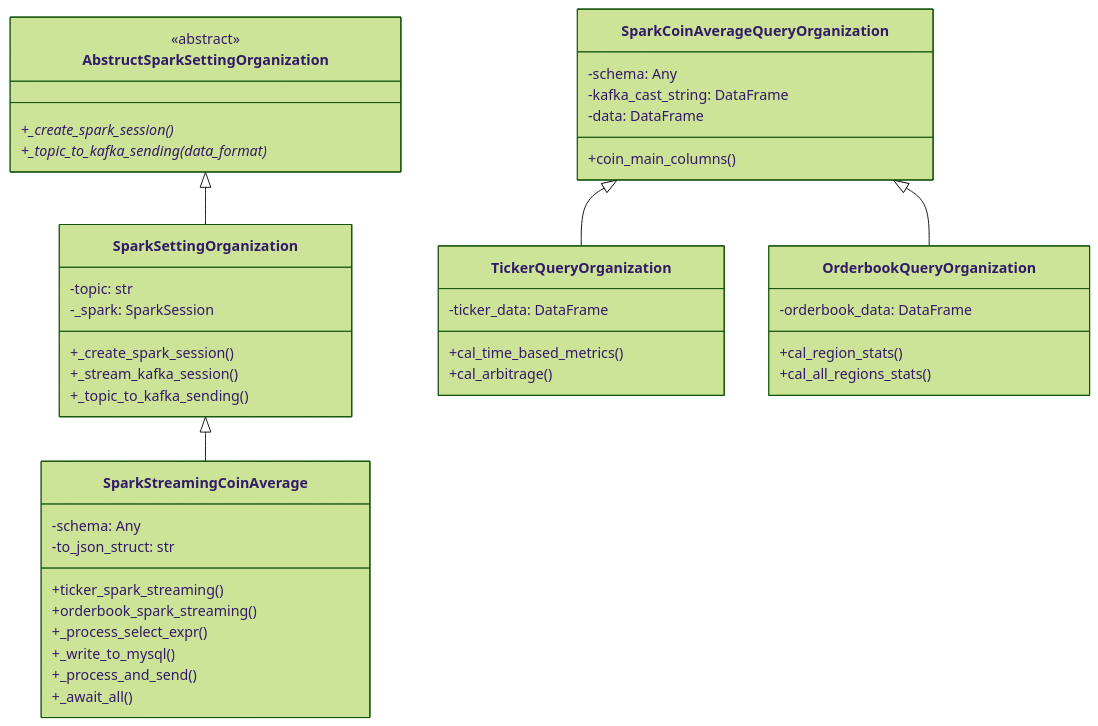
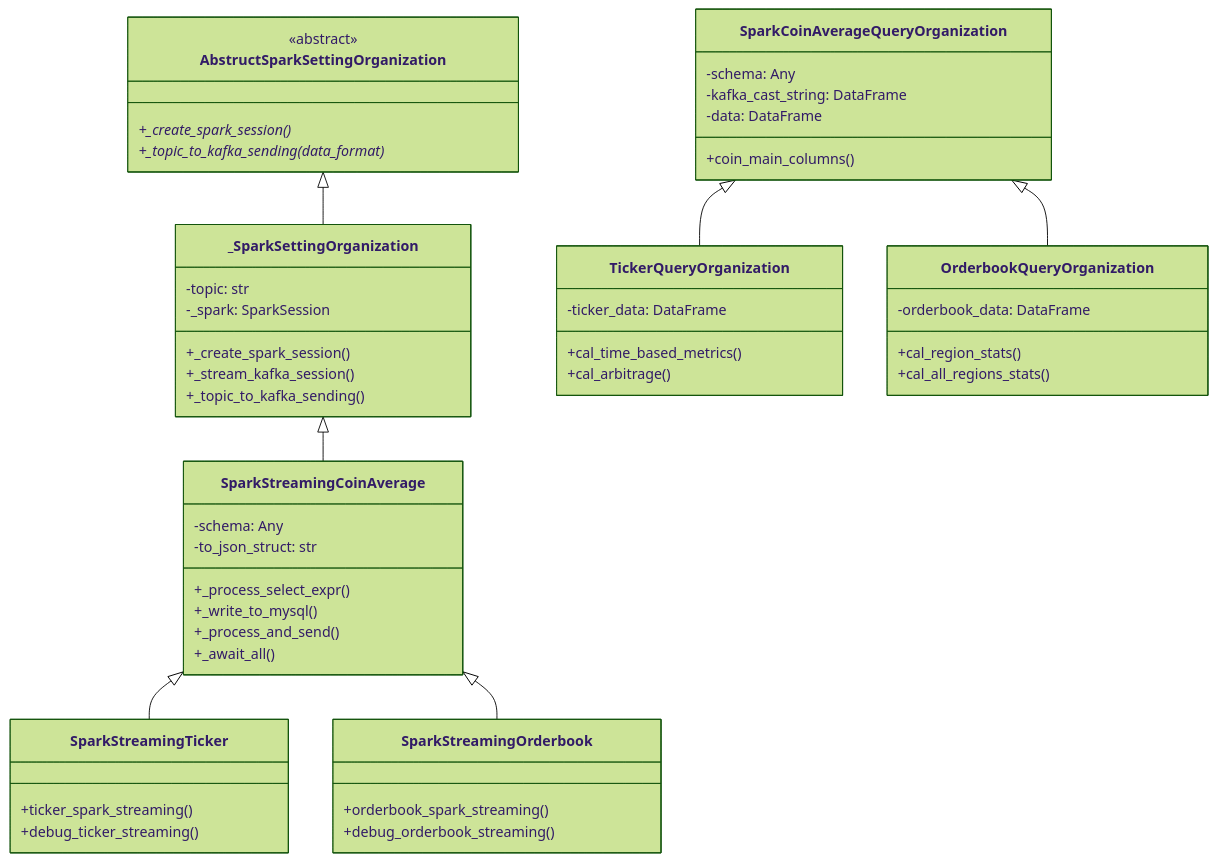
The diagram in README.md (MajorShareholderClub/CryptoStreamSpark), drawn with Mermaid (forest theme) before and after one commit. The commit also changed 1 other file, not shown here.

````diff
--- a/README.md
+++ b/README.md
@@ -12,51 +12,61 @@
 ```mermaid
 classDiagram
     class AbstructSparkSettingOrganization {
         <<abstract>>
         +_create_spark_session()*
         +_topic_to_kafka_sending(data_format)*
     }
 
-    class SparkSettingOrganization {
+    class _SparkSettingOrganization {
         -topic: str
         -_spark: SparkSession
         +_create_spark_session()
         +_stream_kafka_session()
         +_topic_to_kafka_sending()
     }
 
     class SparkStreamingCoinAverage {
         -schema: Any
         -to_json_struct: str
-        +ticker_spark_streaming()
-        +orderbook_spark_streaming()
         +_process_select_expr()
         +_write_to_mysql()
         +_process_and_send()
         +_await_all()
+    }
+
+    class SparkStreamingTicker {
+        +ticker_spark_streaming()
+        +debug_ticker_streaming()
+    }
+
+    class SparkStreamingOrderbook {
+        +orderbook_spark_streaming()
+        +debug_orderbook_streaming()
     }
 
     class SparkCoinAverageQueryOrganization {
         -schema: Any
         -kafka_cast_string: DataFrame
         -data: DataFrame
         +coin_main_columns()
     }
 
     class TickerQueryOrganization {
         -ticker_data: DataFrame
         +cal_time_based_metrics()
         +cal_arbitrage()
     }
 
     class OrderbookQueryOrganization {
         -orderbook_data: DataFrame
         +cal_region_stats()
         +cal_all_regions_stats()
     }
 
-    AbstructSparkSettingOrganization <|-- SparkSettingOrganization
-    SparkSettingOrganization <|-- SparkStreamingCoinAverage
+    AbstructSparkSettingOrganization <|-- _SparkSettingOrganization
+    _SparkSettingOrganization <|-- SparkStreamingCoinAverage
+    SparkStreamingCoinAverage <|-- SparkStreamingTicker
+    SparkStreamingCoinAverage <|-- SparkStreamingOrderbook
     SparkCoinAverageQueryOrganization <|-- TickerQueryOrganization
     SparkCoinAverageQueryOrganization <|-- OrderbookQueryOrganization
 ```
````
